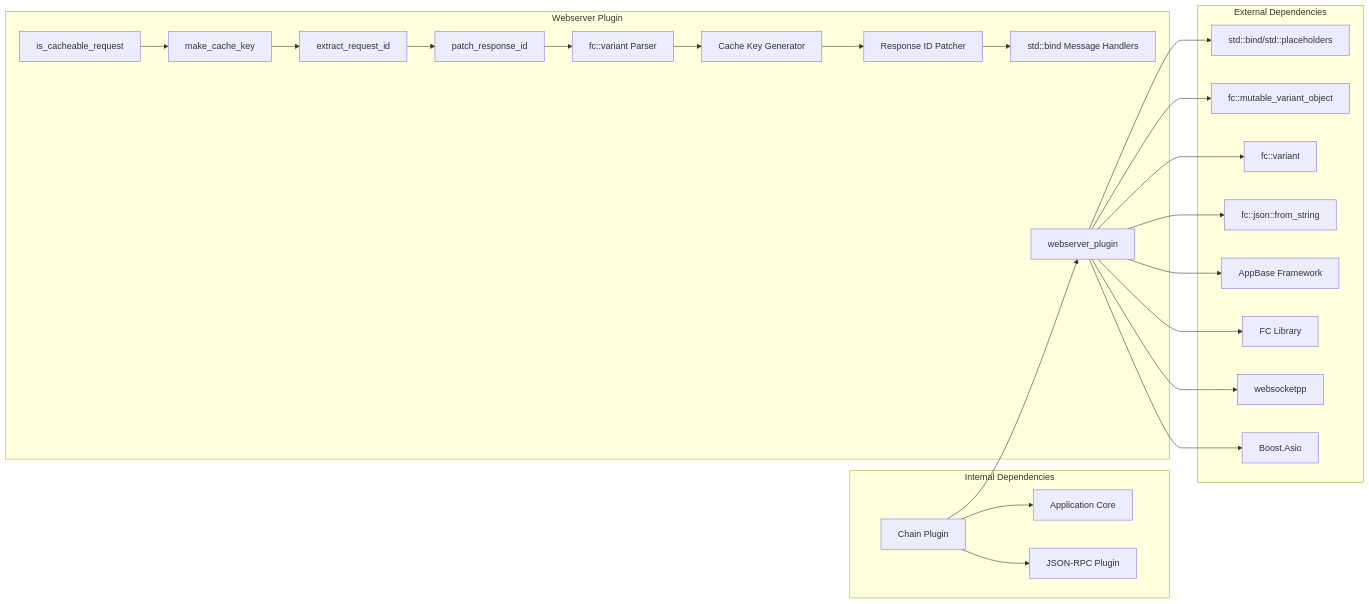
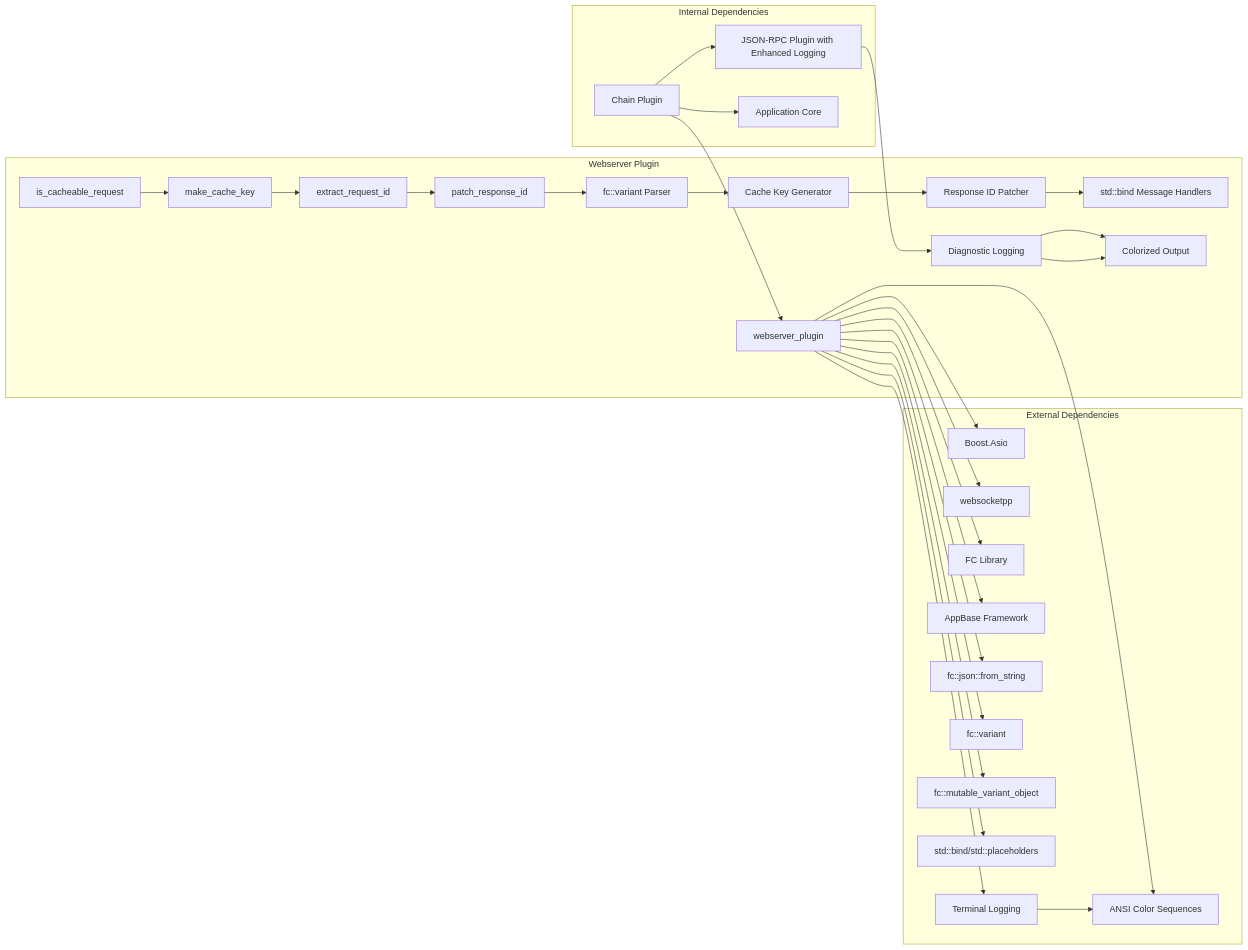
The tenth of 13 diagrams in .qoder/repowiki/en/content/Webserver Plugin.md (VIZ-Blockchain/viz-cpp-node), drawn with Mermaid before and after one commit. The commit also changed other lines of this file and 9 other files, not shown here.

````diff
--- a/.qoder/repowiki/en/content/Webserver Plugin.md
+++ b/.qoder/repowiki/en/content/Webserver Plugin.md
@@ -439,47 +443,57 @@
 ```mermaid
 graph LR
 subgraph "External Dependencies"
 A[Boost.Asio]
 B[websocketpp]
 C[FC Library]
 D[AppBase Framework]
 E[fc::json::from_string]
 F[fc::variant]
 G[fc::mutable_variant_object]
 H[std::bind/std::placeholders]
+I[ANSI Color Sequences]
+J[Terminal Logging]
 end
 subgraph "Internal Dependencies"
-I[JSON-RPC Plugin]
-J[Chain Plugin]
-K[Application Core]
+K[JSON-RPC Plugin with Enhanced Logging]
+L[Chain Plugin]
+M[Application Core]
 end
 subgraph "Webserver Plugin"
-L[webserver_plugin]
-M[is_cacheable_request]
-N[make_cache_key]
-O[extract_request_id]
-P[patch_response_id]
-Q[fc::variant Parser]
-R[Cache Key Generator]
-S[Response ID Patcher]
-T[std::bind Message Handlers]
+N[webserver_plugin]
+O[is_cacheable_request]
+P[make_cache_key]
+Q[extract_request_id]
+R[patch_response_id]
+S[fc::variant Parser]
+T[Cache Key Generator]
+U[Response ID Patcher]
+V[std::bind Message Handlers]
+W[Diagnostic Logging]
+X[Colorized Output]
 end
 J --> I
-J --> K
-J --> L
-L --> A
-L --> B
-L --> C
-L --> D
-L --> E
-L --> F
-L --> G
-L --> H
-M --> N
-N --> O
+K --> W
+W --> X
+L --> K
+L --> M
+L --> N
+N --> A
+N --> B
+N --> C
+N --> D
+N --> E
+N --> F
+N --> G
+N --> H
+N --> I
+N --> J
 O --> P
 P --> Q
 Q --> R
 R --> S
 S --> T
+T --> U
+U --> V
+W --> X
 ```
````
